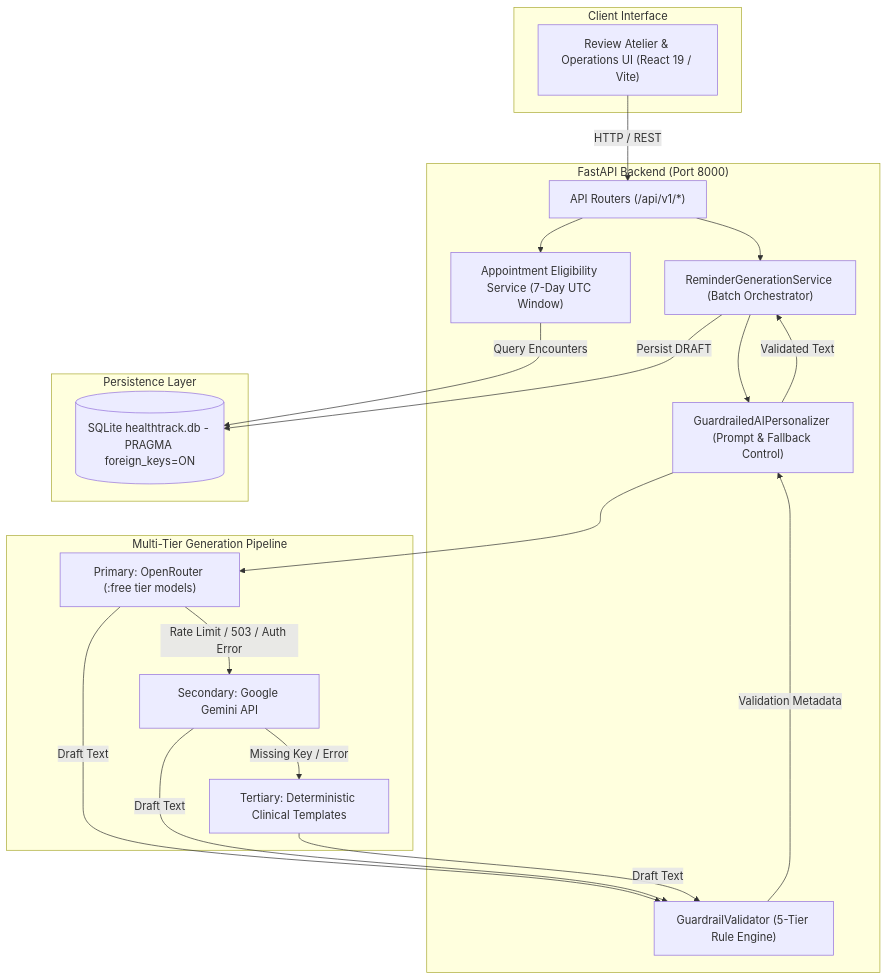
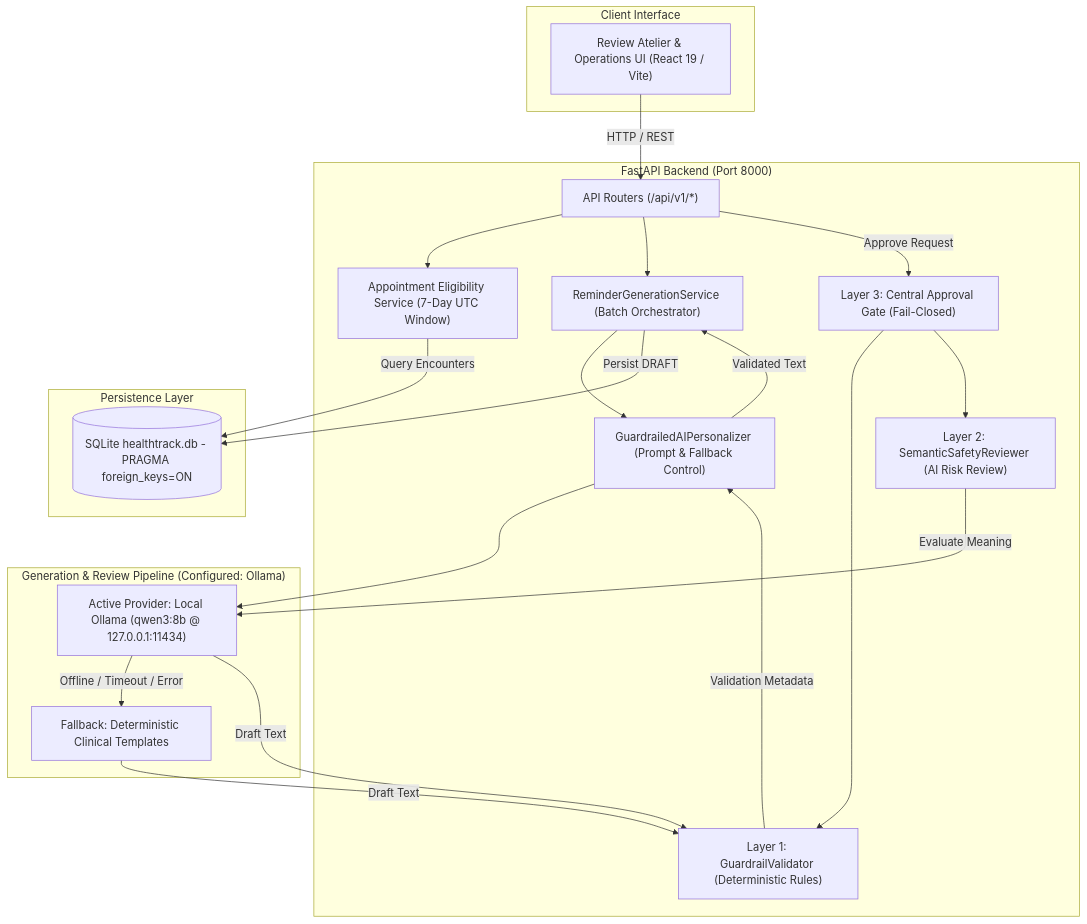
Before and after one commit to VaishnavSreekumar/Health_Tracker: the first of 3 diagrams in README.md, drawn with Mermaid. The commit also changed other lines of this file, not shown here.

````diff
--- a/README.md
+++ b/README.md
@@ -27,39 +30,42 @@
 ```mermaid
 flowchart TD
     subgraph Client["Client Interface"]
         UI["Review Atelier & Operations UI (React 19 / Vite)"]
     end
 
     subgraph Backend["FastAPI Backend (Port 8000)"]
         API["API Routers (/api/v1/*)"]
         AS["Appointment Eligibility Service (7-Day UTC Window)"]
         RS["ReminderGenerationService (Batch Orchestrator)"]
         PA["GuardrailedAIPersonalizer (Prompt & Fallback Control)"]
-        GV["GuardrailValidator (5-Tier Rule Engine)"]
+        GV["Layer 1: GuardrailValidator (Deterministic Rules)"]
+        SR["Layer 2: SemanticSafetyReviewer (AI Risk Review)"]
+        AG["Layer 3: Central Approval Gate (Fail-Closed)"]
     end
 
-    subgraph LLMPipeline["Multi-Tier Generation Pipeline"]
-        LLM1["Primary: OpenRouter (:free tier models)"]
-        LLM2["Secondary: Google Gemini API"]
-        LLM3["Tertiary: Deterministic Clinical Templates"]
+    subgraph LLMPipeline["Generation & Review Pipeline (Configured: Ollama)"]
+        LLM1["Active Provider: Local Ollama (qwen3:8b @ 127.0.0.1:11434)"]
+        LLM2["Fallback: Deterministic Clinical Templates"]
     end
 
     subgraph Storage["Persistence Layer"]
         DB[(SQLite healthtrack.db - PRAGMA foreign_keys=ON)]
     end
 
     UI -->|HTTP / REST| API
     API --> AS
     AS -->|Query Encounters| DB
     API --> RS
     RS --> PA
     PA --> LLM1
-    LLM1 -- "Rate Limit / 503 / Auth Error" --> LLM2
-    LLM2 -- "Missing Key / Error" --> LLM3
+    LLM1 -- "Offline / Timeout / Error" --> LLM2
     LLM1 -->|Draft Text| GV
+    API -->|Approve Request| AG
+    AG --> GV
+    AG --> SR
+    SR -->|Evaluate Meaning| LLM1
     LLM2 -->|Draft Text| GV
-    LLM3 -->|Draft Text| GV
     GV -->|Validation Metadata| PA
     PA -->|Validated Text| RS
     RS -->|Persist DRAFT| DB
 ```
````
